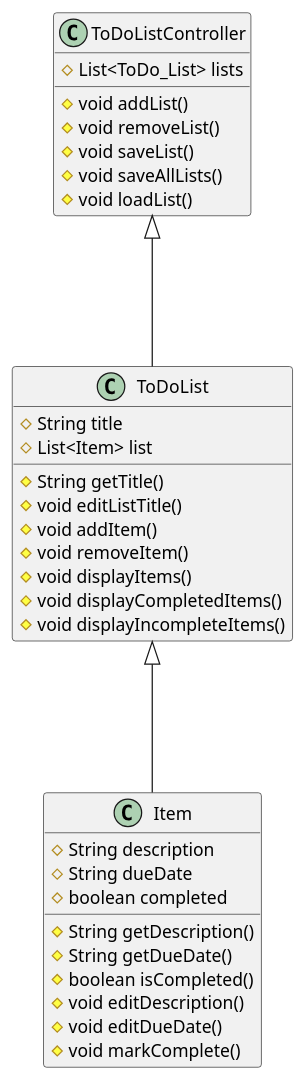
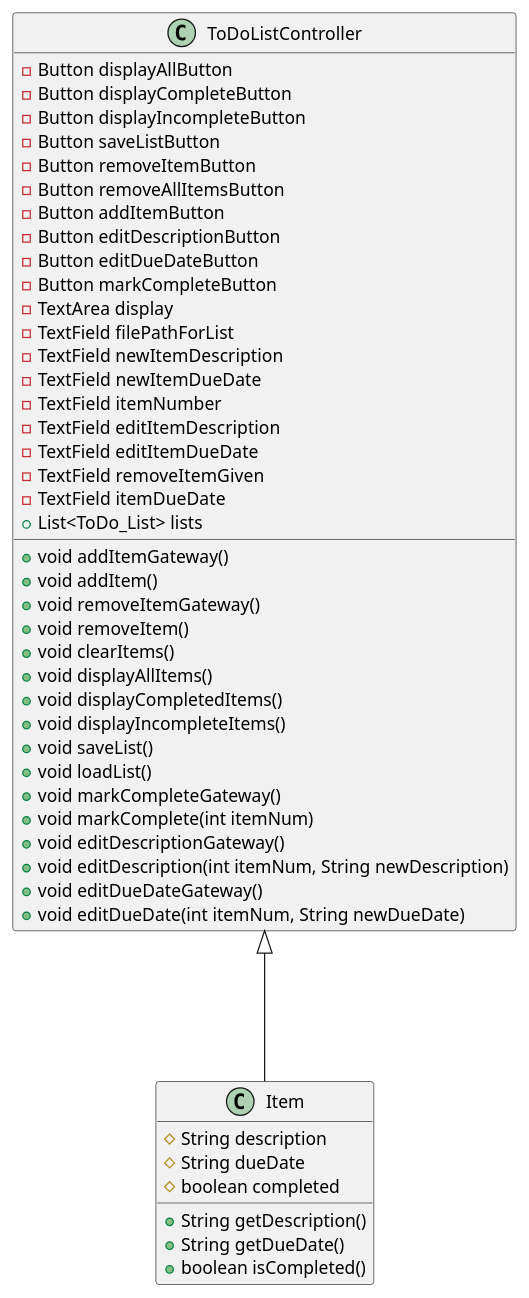
Before and after one commit to danielagd/gomez_dugan-cop3330-assignment4part2: the diagram in src/uml/ToDoListApp.puml, drawn with PlantUML. The commit also changed 15 other files, not shown here.

```diff
--- a/src/uml/ToDoListApp.puml
+++ b/src/uml/ToDoListApp.puml
@@ -1,39 +1,52 @@
 @startuml
 'https://plantuml.com/sequence-diagram
 
 class ToDoListController {
-    # List<ToDo_List> lists
-    # void addList()
-    # void removeList()
-    # void saveList()
-    # void saveAllLists()
-    # void loadList()
+    - Button displayAllButton
+    - Button displayCompleteButton
+    - Button displayIncompleteButton
+    - Button saveListButton
+    - Button removeItemButton
+    - Button removeAllItemsButton
+    - Button addItemButton
+    - Button editDescriptionButton
+    - Button editDueDateButton
+    - Button markCompleteButton
+    - TextArea display
+    - TextField filePathForList
+    - TextField newItemDescription
+    - TextField newItemDueDate
+    - TextField itemNumber
+    - TextField editItemDescription
+    - TextField editItemDueDate
+    - TextField removeItemGiven
+    - TextField itemDueDate
+    + List<ToDo_List> lists
+    + void addItemGateway()
+    + void addItem()
+    + void removeItemGateway()
+    + void removeItem()
+    + void clearItems()
+    + void displayAllItems()
+    + void displayCompletedItems()
+    + void displayIncompleteItems()
+    + void saveList()
+    + void loadList()
+    + void markCompleteGateway()
+    + void markComplete(int itemNum)
+    + void editDescriptionGateway()
+    + void editDescription(int itemNum, String newDescription)
+    + void editDueDateGateway()
+    + void editDueDate(int itemNum, String newDueDate)
 }
-
-class ToDoList{
-    # String title
-    # List<Item> list
-    # String getTitle()
-    # void editListTitle()
-    # void addItem()
-    # void removeItem()
-    # void displayItems()
-    # void displayCompletedItems()
-    # void displayIncompleteItems()
-}
-
 class Item {
     # String description
     # String dueDate
     # boolean completed
-    # String getDescription()
-    # String getDueDate()
-    # boolean isCompleted()
-    # void editDescription()
-    # void editDueDate()
-    # void markComplete()
+    + String getDescription()
+    + String getDueDate()
+    + boolean isCompleted()
+}
 
-}
-ToDoListController <|--- ToDoList
-ToDoList <|---Item
+ToDoListController <|---Item
 @enduml
```
